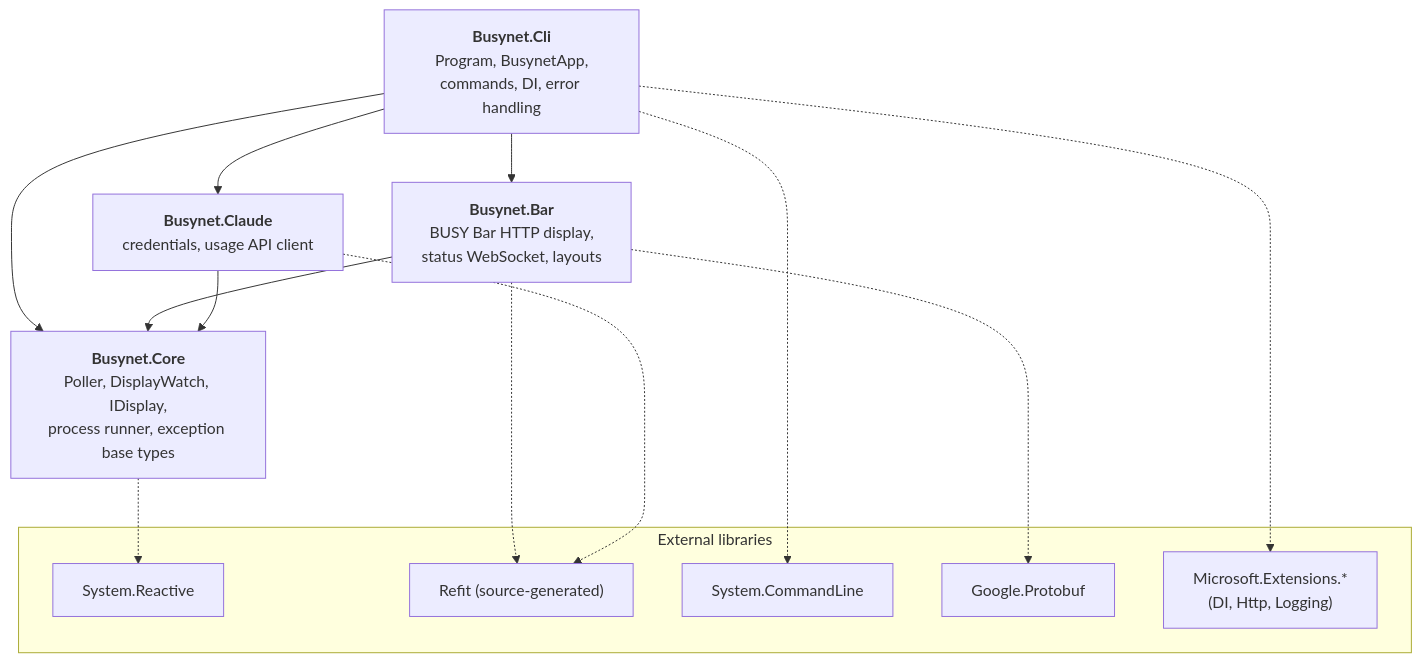
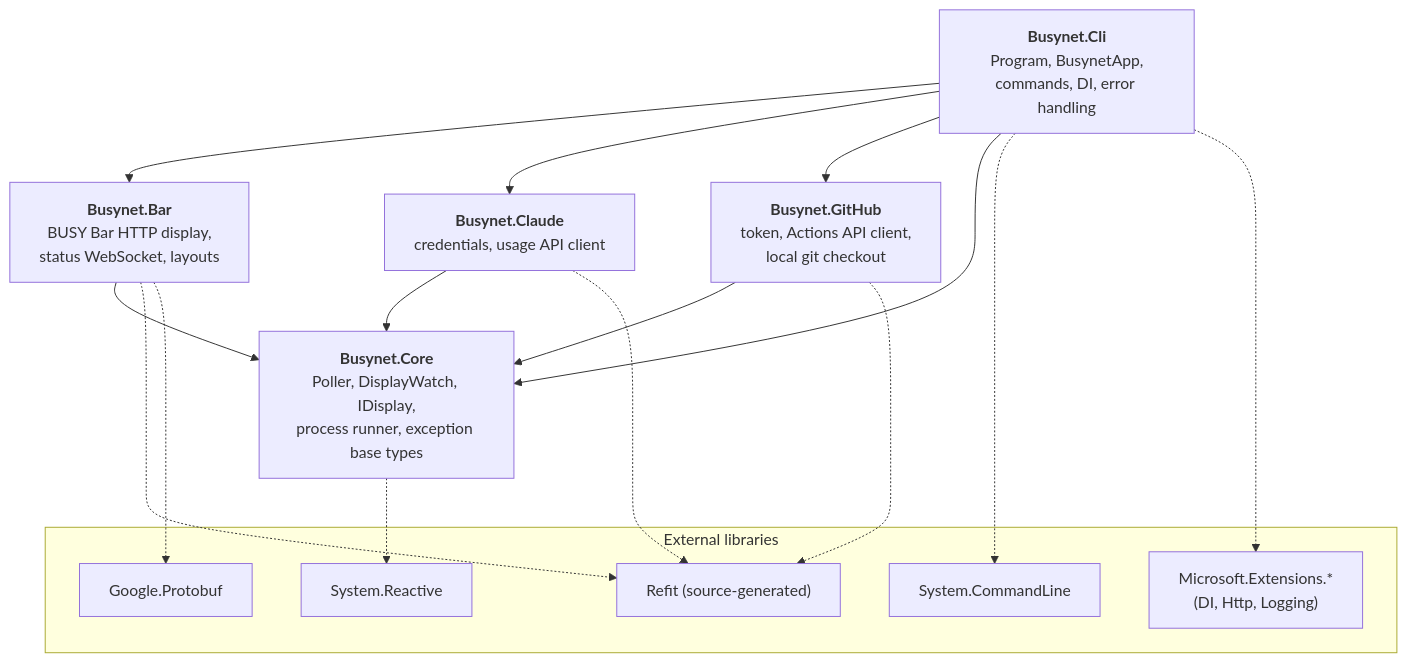
Before and after one commit to mb-dot-dev/busynet: the second of 21 diagrams in docs/architecture.md, drawn with Mermaid. The commit also changed other lines of this file and 64 other files, not shown here.

````diff
--- a/docs/architecture.md
+++ b/docs/architecture.md
@@ -57,28 +59,32 @@
 ```mermaid
 flowchart TB
     Cli["<b>Busynet.Cli</b><br/>Program, BusynetApp,<br/>commands, DI, error handling"]
     Bar["<b>Busynet.Bar</b><br/>BUSY Bar HTTP display,<br/>status WebSocket, layouts"]
     Claude["<b>Busynet.Claude</b><br/>credentials, usage API client"]
+    GitHub["<b>Busynet.GitHub</b><br/>token, Actions API client,<br/>local git checkout"]
     Core["<b>Busynet.Core</b><br/>Poller, DisplayWatch, IDisplay,<br/>process runner, exception base types"]
 
     Cli --> Bar
     Cli --> Claude
+    Cli --> GitHub
     Cli --> Core
     Bar --> Core
     Claude --> Core
+    GitHub --> Core
 
     subgraph External["External libraries"]
         Rx["System.Reactive"]
         Refit["Refit (source-generated)"]
         SCL["System.CommandLine"]
         PB["Google.Protobuf"]
         MEDI["Microsoft.Extensions.*<br/>(DI, Http, Logging)"]
     end
 
     Core -.-> Rx
     Bar -.-> Refit
     Bar -.-> PB
     Claude -.-> Refit
+    GitHub -.-> Refit
     Cli -.-> SCL
     Cli -.-> MEDI
 ```
````
